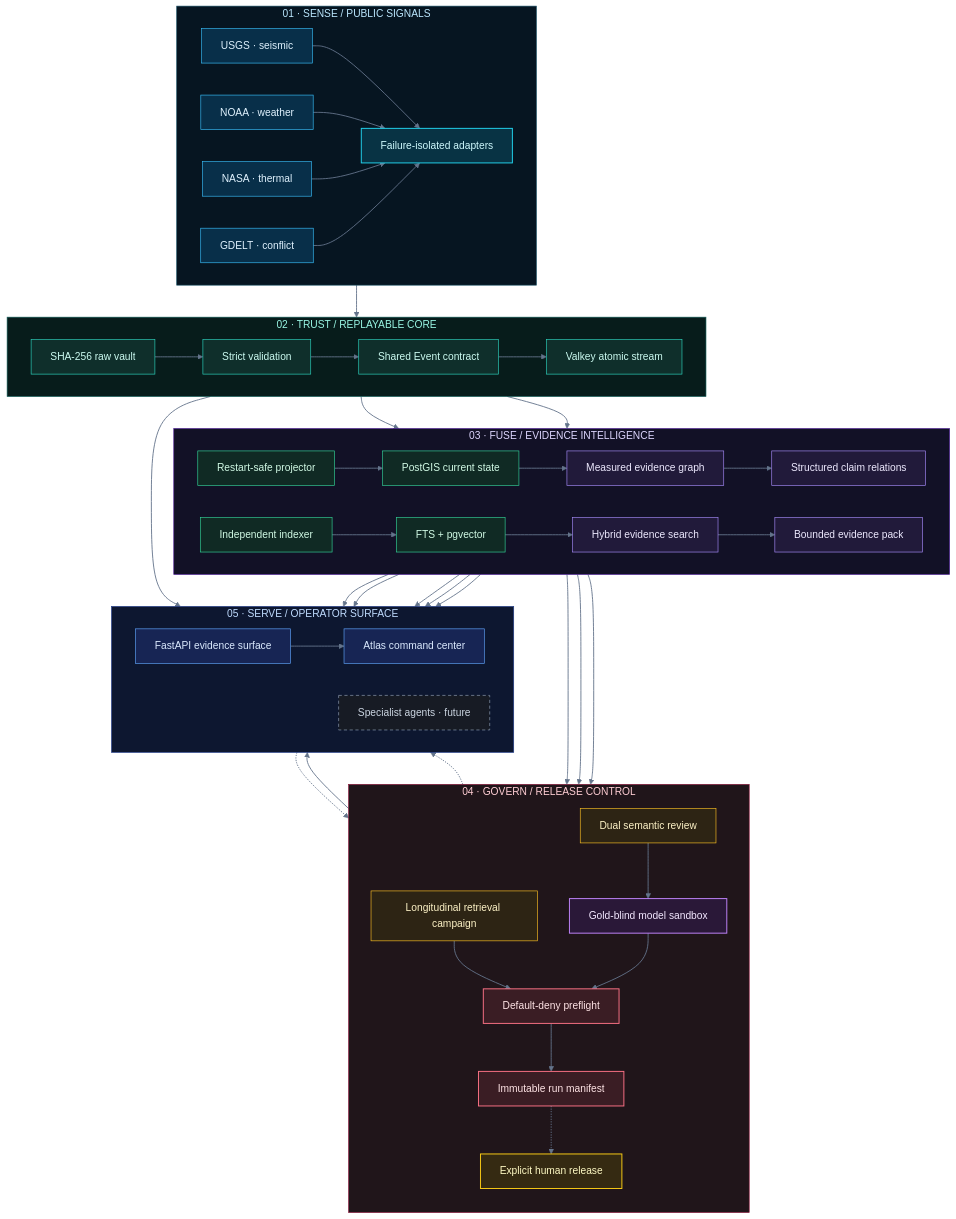
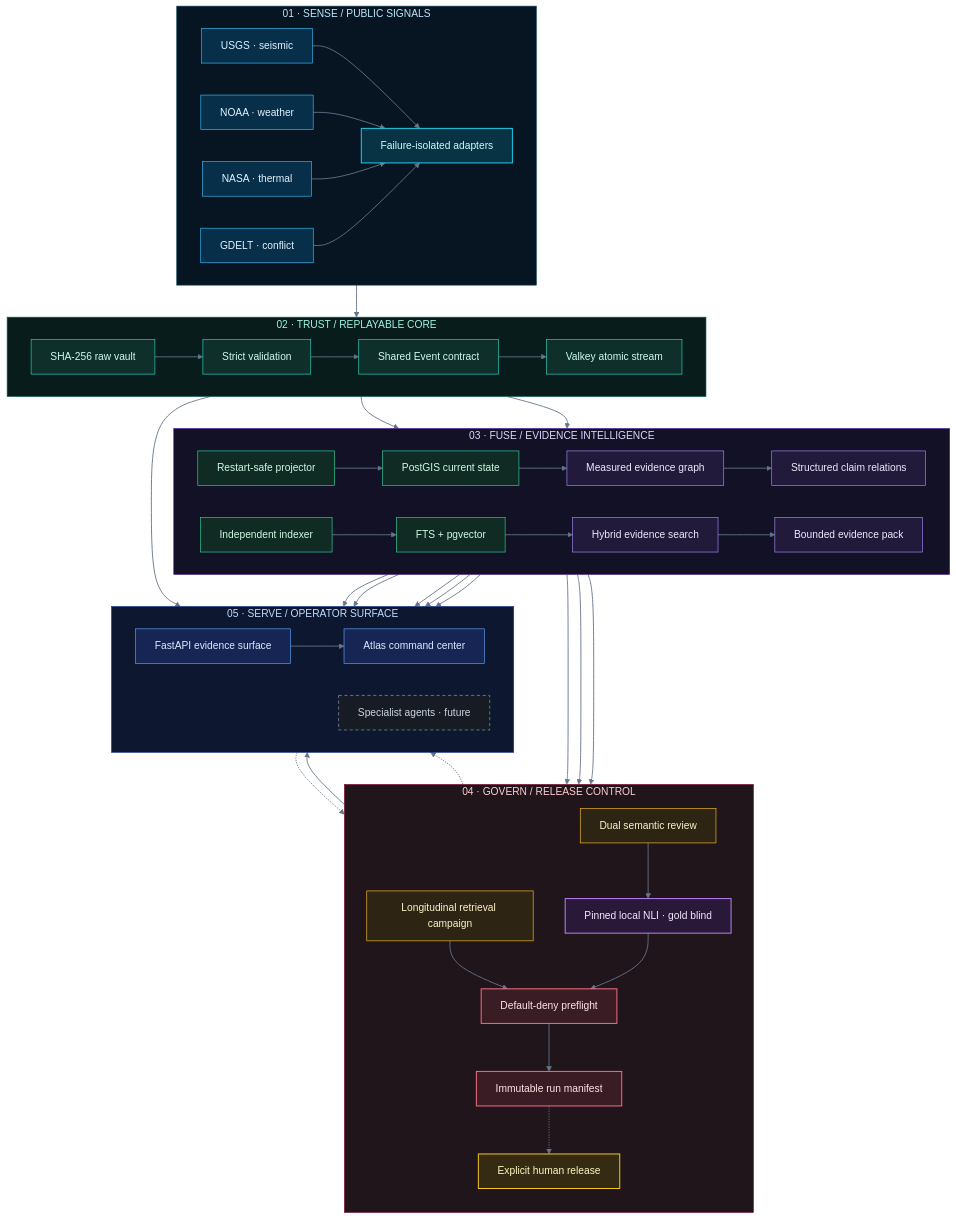
Before and after one commit to Thivas12/atlas-pulse: the diagram in README.md, drawn with Mermaid. The commit also changed other lines of this file and 9 other files, not shown here.

First line of the commit message:
feat: add revision-pinned local NLI runner (#30)

```diff
--- a/README.md
+++ b/README.md
@@ -107,7 +111,7 @@
         direction TB
         RETRIEVAL_REVIEW["Longitudinal retrieval campaign"]:::review
         RELATION_REVIEW["Dual semantic review"]:::review
-        CANDIDATE["Gold-blind model sandbox"]:::sandbox
+        CANDIDATE["Pinned local NLI · gold blind"]:::sandbox
         PREFLIGHT["Default-deny preflight"]:::gate
         MANIFEST["Immutable run manifest"]:::gate
         HUMAN["Explicit human release"]:::human
```
